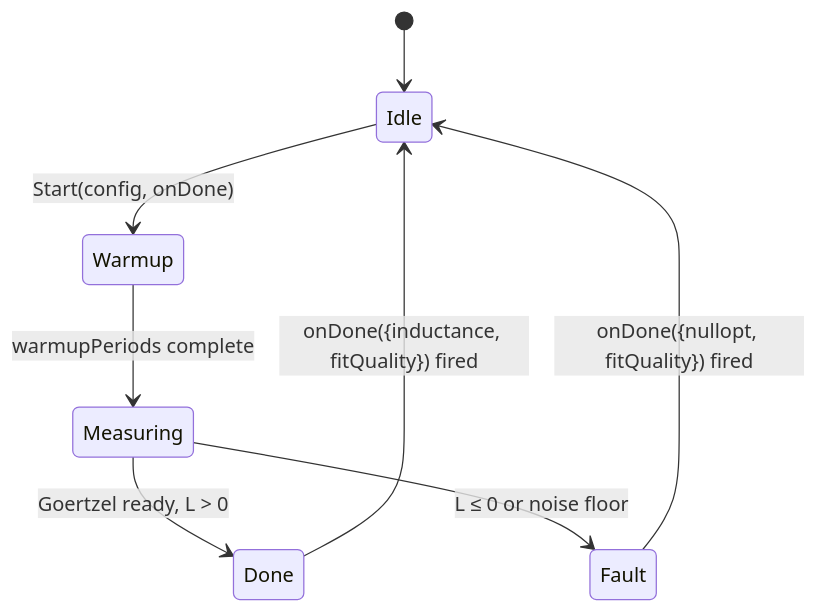
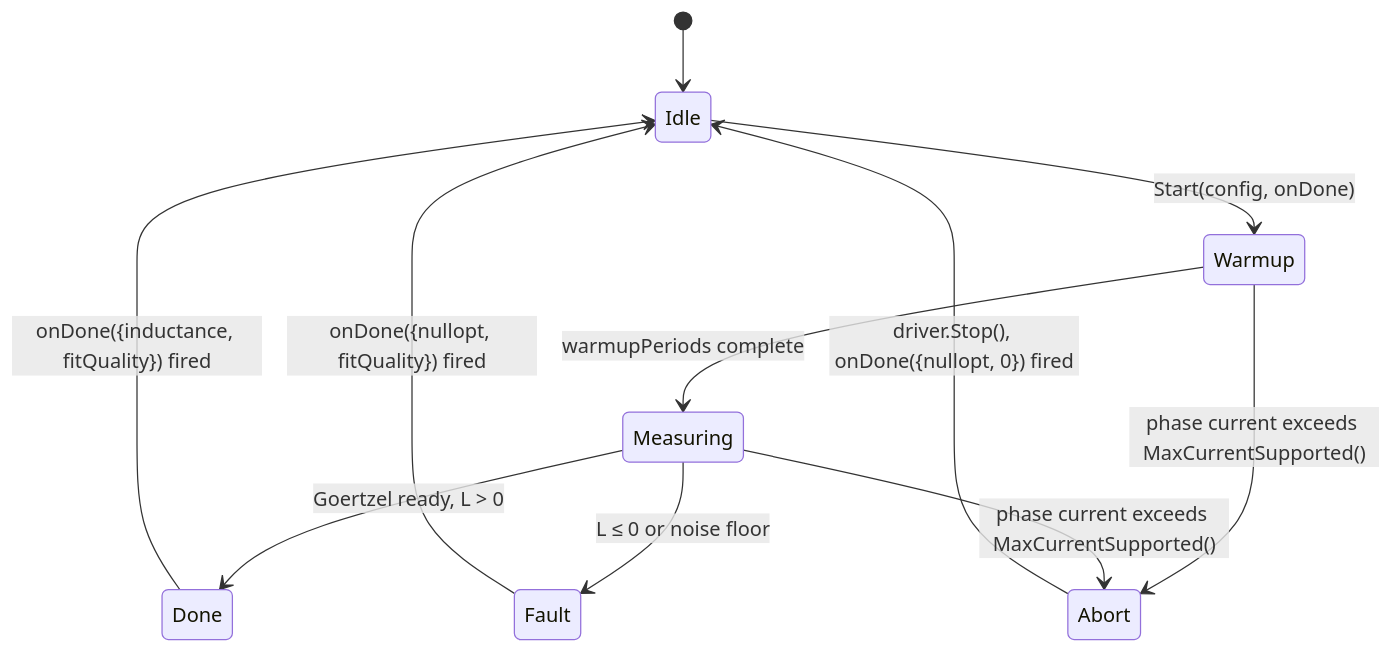
One commit to embedded-pro/e-foc changed the third of 5 diagrams in documentation/design/service-electrical-ident.md. Above: the diagram before and after it, drawn with Mermaid. The commit also changed 14 other files, not shown here.

````diff
--- a/documentation/design/service-electrical-ident.md
+++ b/documentation/design/service-electrical-ident.md
@@ -159,10 +159,13 @@
 ```mermaid
 stateDiagram-v2
     [*] --> Idle
     Idle --> Warmup : Start(config, onDone)
     Warmup --> Measuring : warmupPeriods complete
+    Warmup --> Abort : phase current exceeds MaxCurrentSupported()
     Measuring --> Done : Goertzel ready, L > 0
     Measuring --> Fault : L ≤ 0 or noise floor
+    Measuring --> Abort : phase current exceeds MaxCurrentSupported()
     Done --> Idle : onDone({inductance, fitQuality}) fired
     Fault --> Idle : onDone({nullopt, fitQuality}) fired
+    Abort --> Idle : driver.Stop(), onDone({nullopt, 0}) fired
 ```
````
